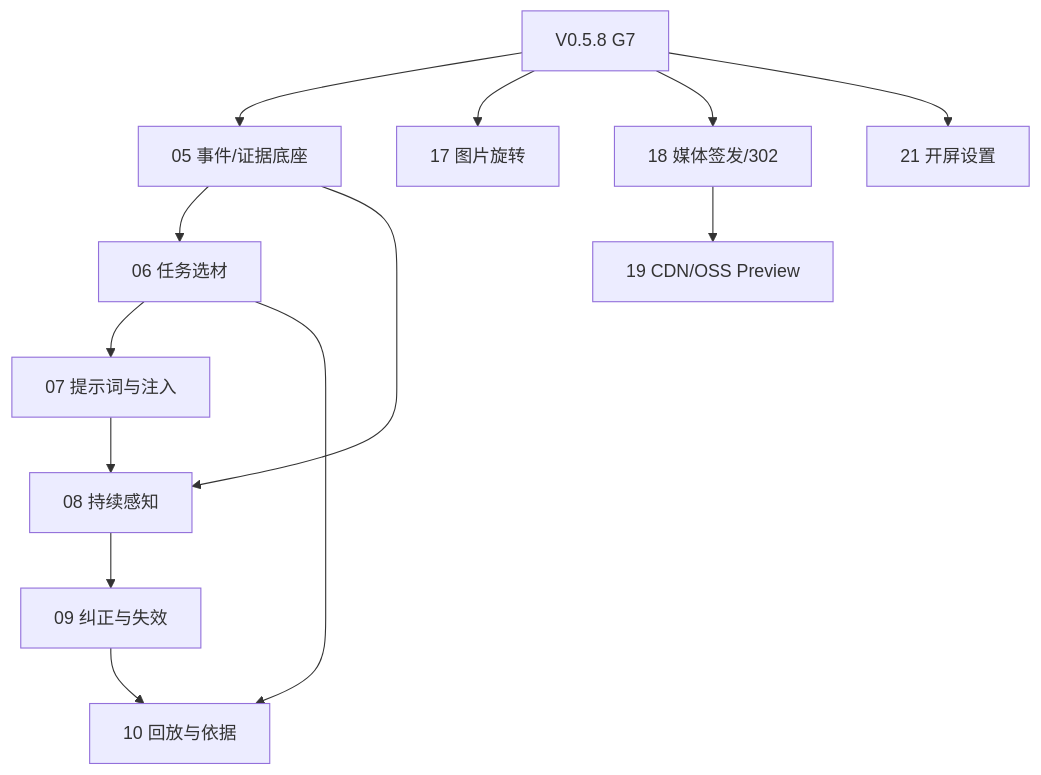
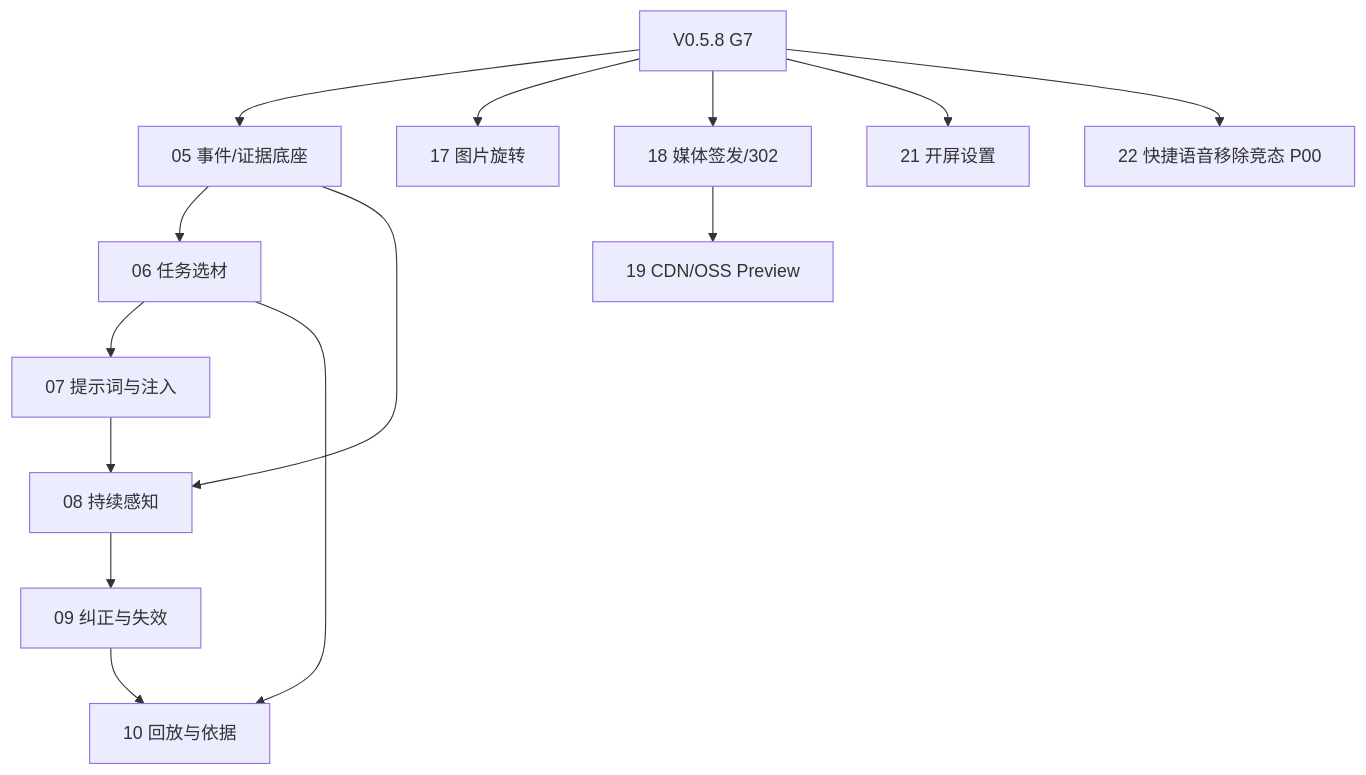
The diagram in reports/iteration-plan-v0.5.9-2026-10-06.md (77Liu/for-now), drawn with Mermaid before and after one commit. The commit also changed other lines of this file and 12 other files, not shown here.

````diff
--- a/reports/iteration-plan-v0.5.9-2026-10-06.md
+++ b/reports/iteration-plan-v0.5.9-2026-10-06.md
@@ -42,15 +44,16 @@
 ```mermaid
 flowchart TD
   A["V0.5.8 G7"] --> B["05 事件/证据底座"]
   B --> C["06 任务选材"]
   C --> D["07 提示词与注入"]
   B --> E["08 持续感知"]
   D --> E
   E --> F["09 纠正与失效"]
   C --> G["10 回放与依据"]
   F --> G
   A --> H["17 图片旋转"]
   A --> I["18 媒体签发/302"]
   I --> J["19 CDN/OSS Preview"]
   A --> K["21 开屏设置"]
+  A --> L["22 快捷语音移除竞态 P00"]
 ```
````
